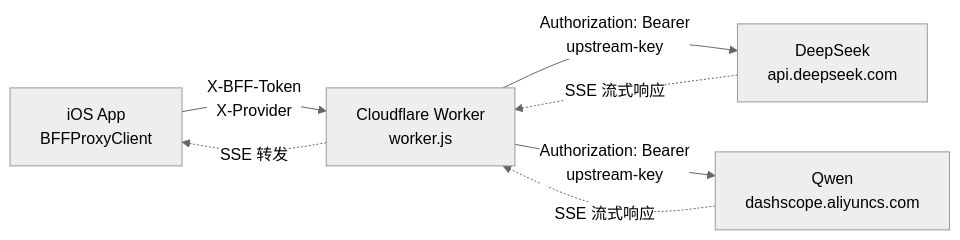
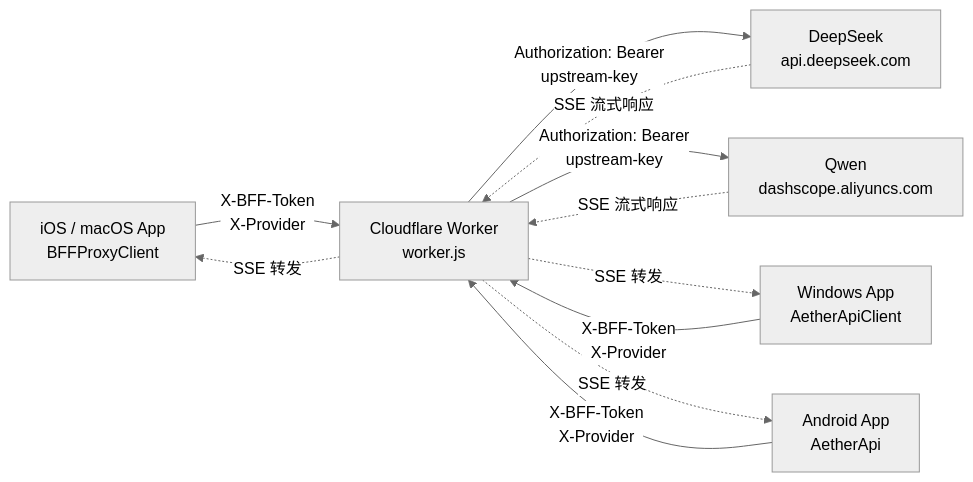
One commit to luosicx/Aether changed the diagram in doc/BFF_DEPLOYMENT.md. Above: the diagram before and after it, drawn with Mermaid (neutral theme). The commit also changed other lines of this file and 12 other files, not shown here.

````diff
--- a/doc/BFF_DEPLOYMENT.md
+++ b/doc/BFF_DEPLOYMENT.md
@@ -7,9 +7,13 @@
 ```mermaid
 flowchart LR
-    A[iOS App<br/>BFFProxyClient] -->|X-BFF-Token<br/>X-Provider| B[Cloudflare Worker<br/>worker.js]
+    A1[iOS / macOS App<br/>BFFProxyClient] -->|X-BFF-Token<br/>X-Provider| B[Cloudflare Worker<br/>worker.js]
+    A2[Windows App<br/>AetherApiClient] -->|X-BFF-Token<br/>X-Provider| B
+    A3[Android App<br/>AetherApi] -->|X-BFF-Token<br/>X-Provider| B
     B -->|Authorization: Bearer<br/>upstream-key| C[DeepSeek<br/>api.deepseek.com]
     B -->|Authorization: Bearer<br/>upstream-key| D[Qwen<br/>dashscope.aliyuncs.com]
     C -.->|SSE 流式响应| B
     D -.->|SSE 流式响应| B
-    B -.->|SSE 转发| A
+    B -.->|SSE 转发| A1
+    B -.->|SSE 转发| A2
+    B -.->|SSE 转发| A3
 ```
````
